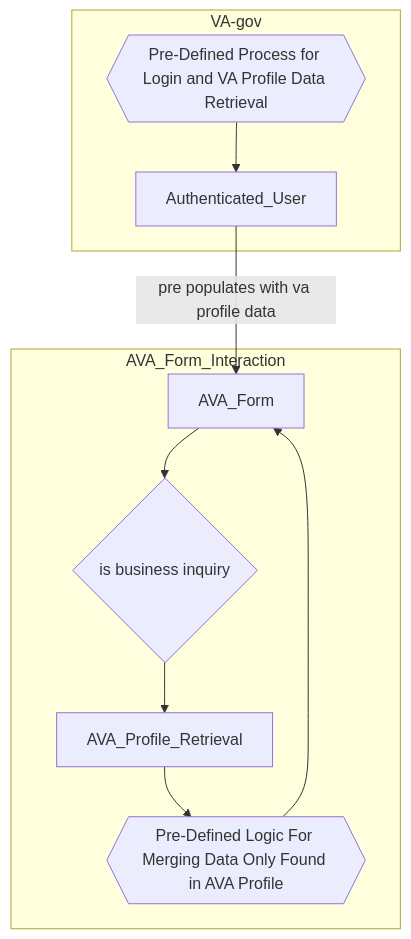
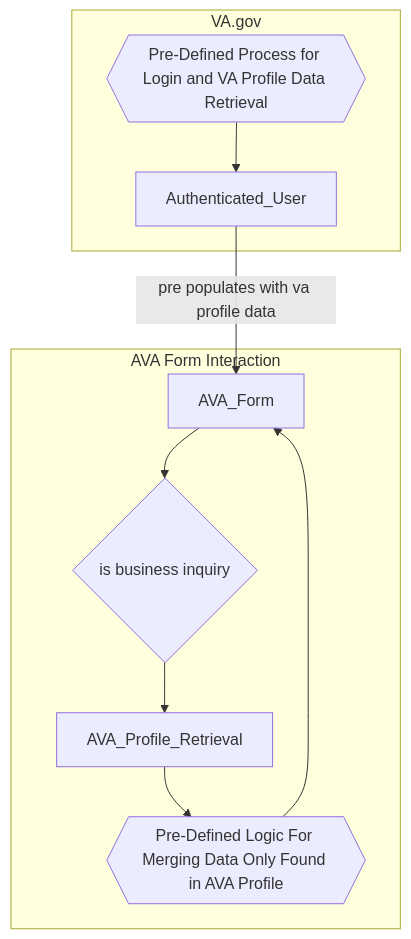
One commit to department-of-veterans-affairs/va.gov-team changed the first of 4 diagrams in products/ask-va/integration/va_profile/Profile_Processes.md. Above: the diagram before and after it, drawn with Mermaid. The commit also changed other lines of this file, not shown here.

Commit message:
updated flowcharts

````diff
--- a/products/ask-va/integration/va_profile/Profile_Processes.md
+++ b/products/ask-va/integration/va_profile/Profile_Processes.md
@@ -22,12 +22,12 @@
 ```mermaid
 flowchart TB
-    subgraph AVA_Form_Interaction
+    subgraph AVA Form Interaction
     AVA_Form-->business_entity_logic{is business inquiry}
     business_entity_logic{is business inquiry}-->AVA_Profile_Retrieval
     AVA_Profile_Retrieval-->Predefined-AVA-Process{{Pre-Defined Logic For Merging Data Only Found in AVA Profile}}-->AVA_Form
     end
-    subgraph VA-gov
+    subgraph VA.gov
     Predefined-Login-Process{{Pre-Defined Process for Login and VA Profile Data Retrieval}}-->Authenticated_User
     Authenticated_User-->|pre populates with va profile data|AVA_Form
     end
 ```
````
